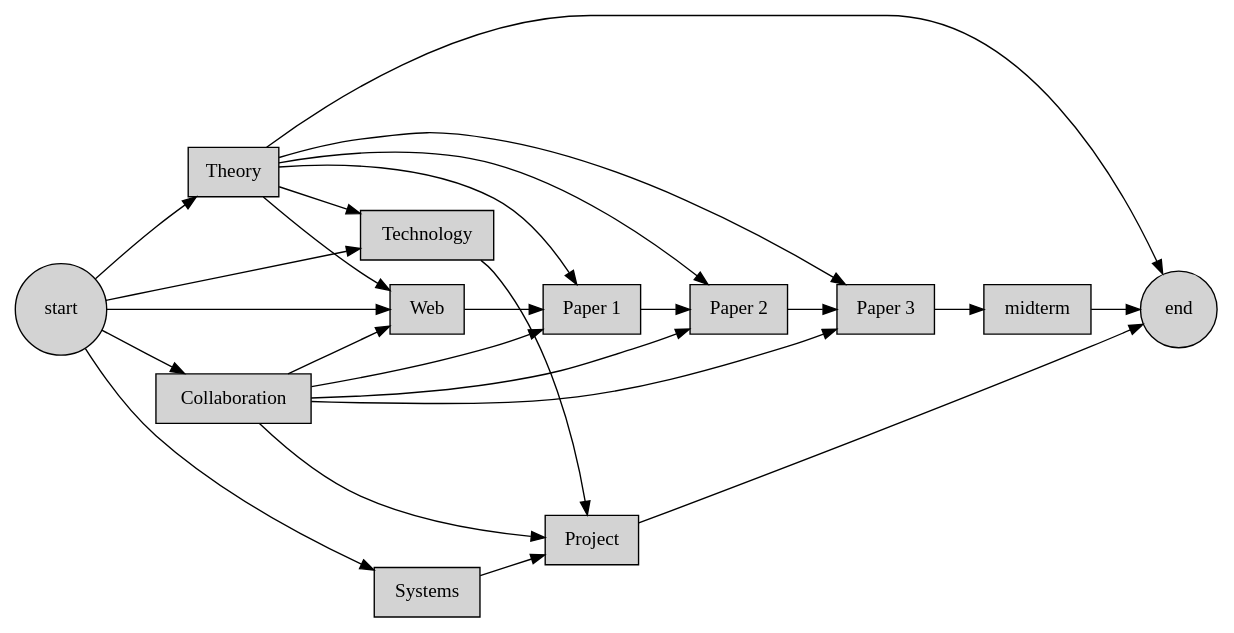
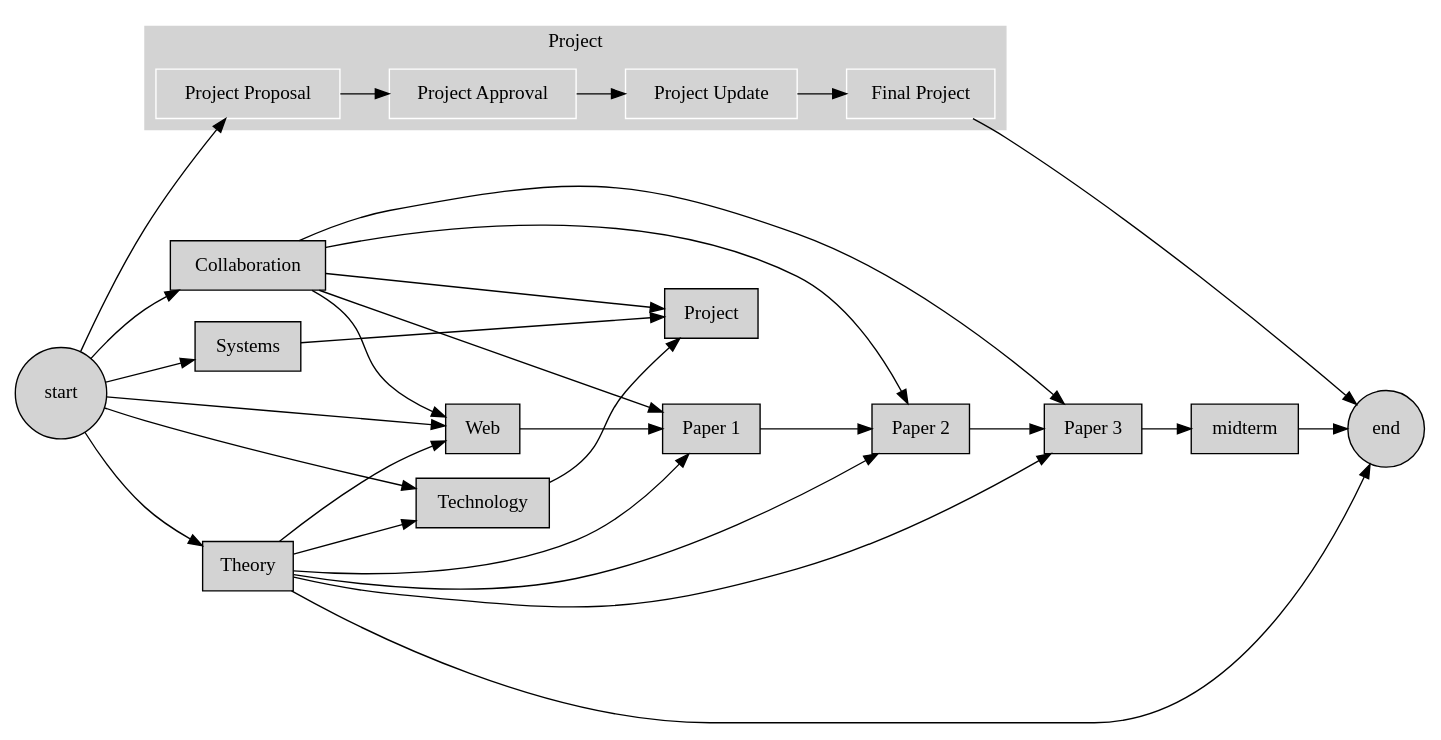
Before and after one commit to cloudmesh/classes: the diagram in docs/source/i524/index.rst, drawn with Graphviz.

Commit message:
new:dev: add subgraph

```diff
--- a/docs/source/i524/index.rst
+++ b/docs/source/i524/index.rst
@@ -16,28 +16,37 @@
 .. graphviz::
 
    digraph class {
       rankdir="LR";
       node [shape=box,
             style=filled,
             fillcolor=lightgrey];
+
+      subgraph cluster_0 {
+		style=filled;
+		color=lightgrey;
+		node [style=filled,color=white];
+		"Project Proposal" -> "Project Approval" -> "Project Update" -> "Final Project";
+		label = "Project";
+	}
       "start" [shape=circle];
       "end" [shape=circle];      
       
       "start" -> "Technology";
       "start" -> "Collaboration";
       "start" -> "Systems";
       "start" -> "Theory" -> "end";
       "start" -> "Web" -> "Paper 1" -> "Paper 2" -> "Paper 3" -> "midterm" -> "end";
       "Theory" -> "Technology" -> "Project";
       "Collaboration" -> "Project";
       "Collaboration" -> "Paper 1";
       "Collaboration" -> "Paper 2";
       "Collaboration" -> "Paper 3";
       "Collaboration" -> "Web";
       "Systems" -> "Project";
       "Theory" -> "Web";
       "Theory" -> "Paper 1";
       "Theory" -> "Paper 2";
-      "Theory" -> "Paper 3";   
-      "Project" -> "end";            
+      "Theory" -> "Paper 3";
+      "start" -> "Project Proposal";
+      "Final Project" -> "end";
    }
```
